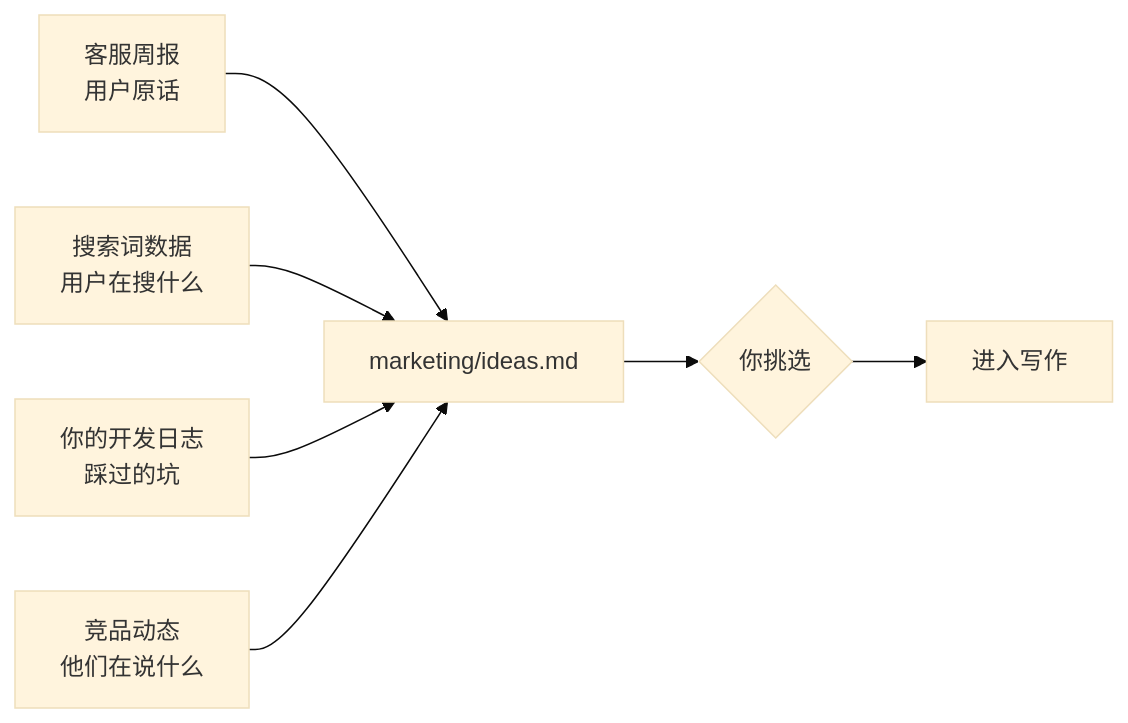
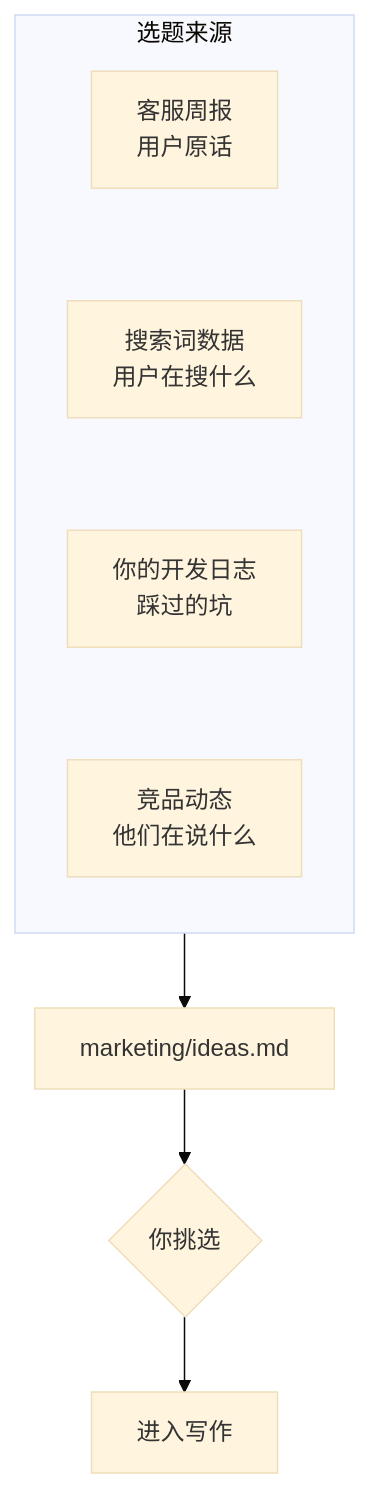
Before and after one commit to jarvis-pro/hatch-shelf: the first of 2 diagrams in books/ai-native-opc/05-marketing.md, drawn with Mermaid (base theme). The commit also changed other lines of this file and 432 other files, not shown here.

````diff
--- a/books/ai-native-opc/05-marketing.md
+++ b/books/ai-native-opc/05-marketing.md
@@ -34,9 +34,10 @@
 ```mermaid
-flowchart LR
-  A["客服周报<br/>用户原话"] --> E["marketing/ideas.md"]
-  B["搜索词数据<br/>用户在搜什么"] --> E
-  C["你的开发日志<br/>踩过的坑"] --> E
-  D["竞品动态<br/>他们在说什么"] --> E
+flowchart TD
+  subgraph SRC["选题来源"]
+    direction TB
+    A["客服周报<br/>用户原话"] ~~~ B["搜索词数据<br/>用户在搜什么"] ~~~ C["你的开发日志<br/>踩过的坑"] ~~~ D["竞品动态<br/>他们在说什么"]
+  end
+  SRC --> E["marketing/ideas.md"]
   E --> F{"你挑选"}
   F --> G["进入写作"]
 ```
````
